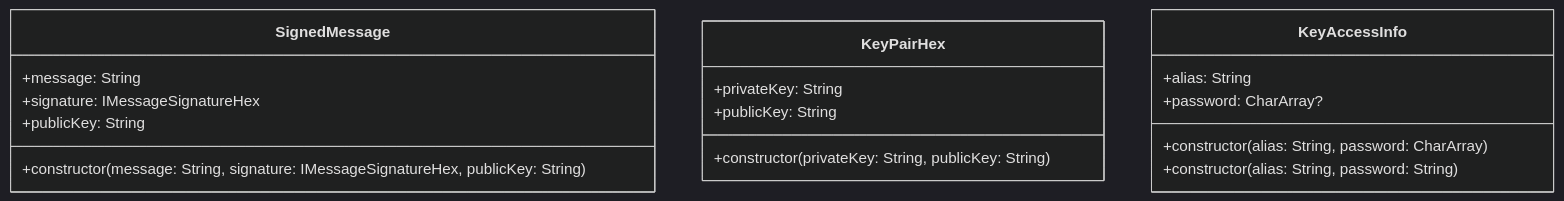
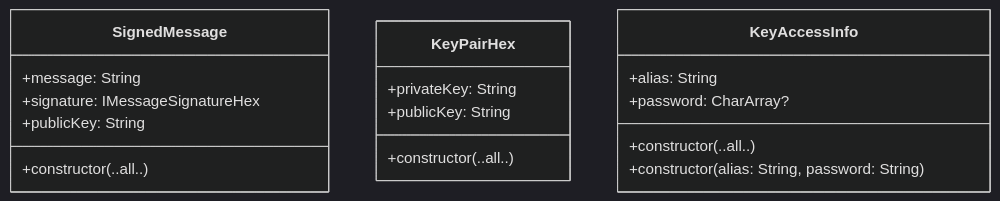
Before and after one commit to planet-nine-app/sessionless: the fourth of 4 diagrams in src/kotlin/README.md, drawn with Mermaid (dark theme). The commit also changed other lines of this file, not shown here.

Commit message:
fix: file links + minor edits

````diff
--- a/src/kotlin/README.md
+++ b/src/kotlin/README.md
@@ -88,22 +88,22 @@
 ```mermaid
 classDiagram
   class SignedMessage {
     +message: String
     +signature: IMessageSignatureHex
     +publicKey: String
-    +constructor(message: String, signature: IMessageSignatureHex, publicKey: String)
+    +constructor(..all..)
   }
 
   class KeyPairHex {
     +privateKey: String
     +publicKey: String
-    +constructor(privateKey: String, publicKey: String)
+    +constructor(..all..)
   }
 
   class KeyAccessInfo {
     +alias: String
     +password: CharArray?
-    +constructor(alias: String, password: CharArray)
+    +constructor(..all..)
     +constructor(alias: String, password: String)
   }
 ```
````
